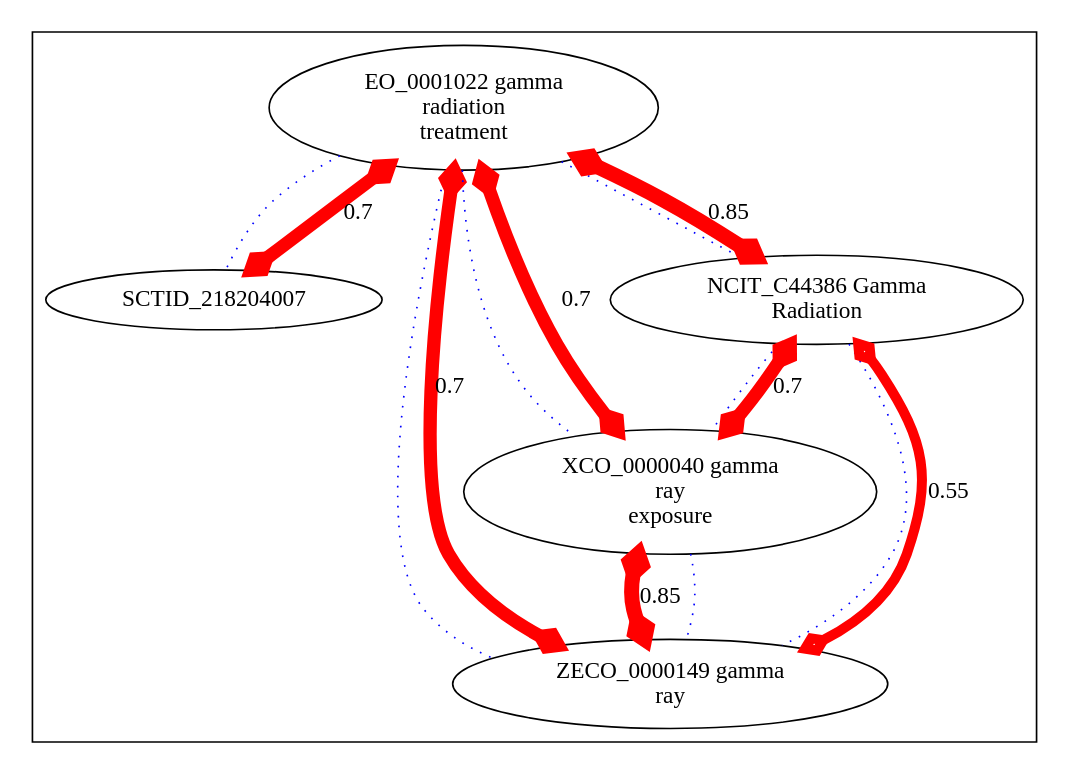
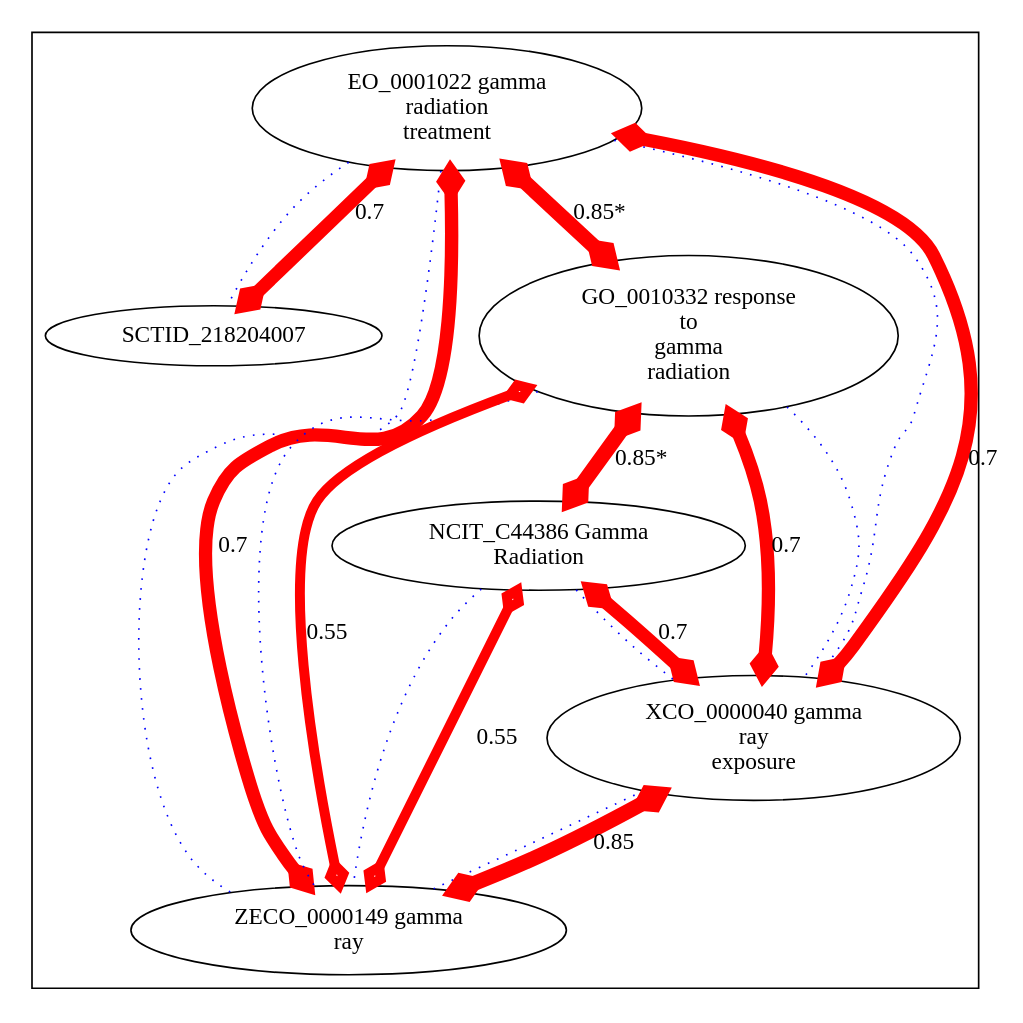
Before and after one commit to cmungall/radiation-ontology: the diagram in target/img-SCTID_218204007.dot, drawn with Graphviz. The commit also changed 22 other files, not shown here.

```diff
--- a/target/img-SCTID_218204007.dot
+++ b/target/img-SCTID_218204007.dot
@@ -1,39 +1,51 @@
 digraph cliquegraph {
 subgraph cluster_SCTID_218204007 {SCTID_218204007 [ label="SCTID_218204007 " ];
 ZECO_0000149 [ label="ZECO_0000149 gamma
 ray" ];
 EO_0001022 [ label="EO_0001022 gamma
 radiation
 treatment" ];
+GO_0010332 [ label="GO_0010332 response
+to
+gamma
+radiation" ];
 XCO_0000040 [ label="XCO_0000040 gamma
 ray
 exposure" ];
 NCIT_C44386 [ label="NCIT_C44386 Gamma
 Radiation" ];}
-EO_0001022 -> NCIT_C44386 [ arrowhead = none, penwidth=1, color=blue, label="", style=dotted]
+EO_0001022 -> SCTID_218204007 [ arrowhead = none, penwidth=1, color=blue, label="", style=dotted]
+
+NCIT_C44386 -> ZECO_0000149 [ arrowhead = none, penwidth=1, color=blue, label="", style=dotted]
 
 EO_0001022 -> ZECO_0000149 [ arrowhead = none, penwidth=1, color=blue, label="", style=dotted]
 
 XCO_0000040 -> ZECO_0000149 [ arrowhead = none, penwidth=1, color=blue, label="", style=dotted]
 
-EO_0001022 -> SCTID_218204007 [ arrowhead = none, penwidth=1, color=blue, label="", style=dotted]
+EO_0001022 -> XCO_0000040 [ arrowhead = none, penwidth=1, color=blue, label="", style=dotted]
 
-NCIT_C44386 -> ZECO_0000149 [ arrowhead = none, penwidth=1, color=blue, label="", style=dotted]
+GO_0010332 -> ZECO_0000149 [ arrowhead = none, penwidth=1, color=blue, label="", style=dotted]
+
+GO_0010332 -> XCO_0000040 [ arrowhead = none, penwidth=1, color=blue, label="", style=dotted]
 
 NCIT_C44386 -> XCO_0000040 [ arrowhead = none, penwidth=1, color=blue, label="", style=dotted]
-
-EO_0001022 -> XCO_0000040 [ arrowhead = none, penwidth=1, color=blue, label="", style=dotted]
 EO_0001022 -> SCTID_218204007 [ arrowhead = ediamond, penwidth=8, color=red, label="0.7", style=solid, arrowtail=ediamond, dir=both]
 
 NCIT_C44386 -> ZECO_0000149 [ arrowhead = ediamond, penwidth=6, color=red, label="0.55", style=solid, arrowtail=ediamond, dir=both]
 
-EO_0001022 -> NCIT_C44386 [ arrowhead = ediamond, penwidth=9, color=red, label="0.85", style=solid, arrowtail=ediamond, dir=both]
+GO_0010332 -> ZECO_0000149 [ arrowhead = ediamond, penwidth=6, color=red, label="0.55", style=solid, arrowtail=ediamond, dir=both]
+
+GO_0010332 -> NCIT_C44386 [ arrowhead = ediamond, penwidth=9, color=red, label="0.85*", style=solid, arrowtail=ediamond, dir=both]
 
 EO_0001022 -> ZECO_0000149 [ arrowhead = ediamond, penwidth=8, color=red, label="0.7", style=solid, arrowtail=ediamond, dir=both]
+
+EO_0001022 -> GO_0010332 [ arrowhead = ediamond, penwidth=9, color=red, label="0.85*", style=solid, arrowtail=ediamond, dir=both]
 
 XCO_0000040 -> ZECO_0000149 [ arrowhead = ediamond, penwidth=9, color=red, label="0.85", style=solid, arrowtail=ediamond, dir=both]
 
 NCIT_C44386 -> XCO_0000040 [ arrowhead = ediamond, penwidth=8, color=red, label="0.7", style=solid, arrowtail=ediamond, dir=both]
 
+GO_0010332 -> XCO_0000040 [ arrowhead = ediamond, penwidth=8, color=red, label="0.7", style=solid, arrowtail=ediamond, dir=both]
+
 EO_0001022 -> XCO_0000040 [ arrowhead = ediamond, penwidth=8, color=red, label="0.7", style=solid, arrowtail=ediamond, dir=both]
 }
```
